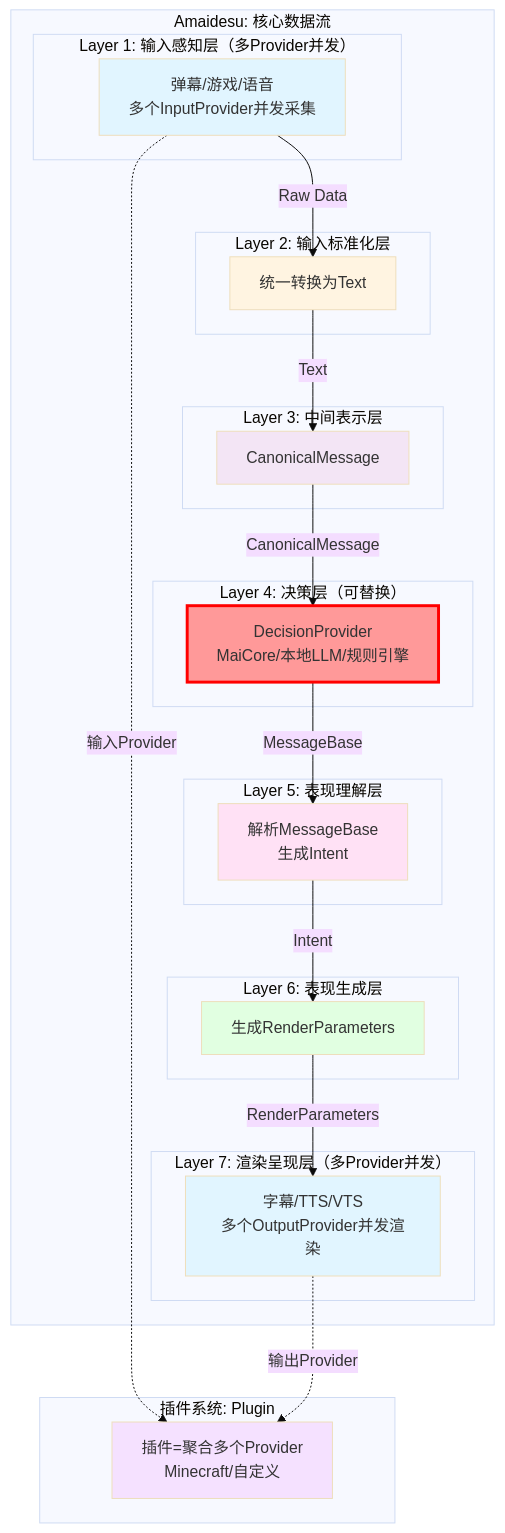
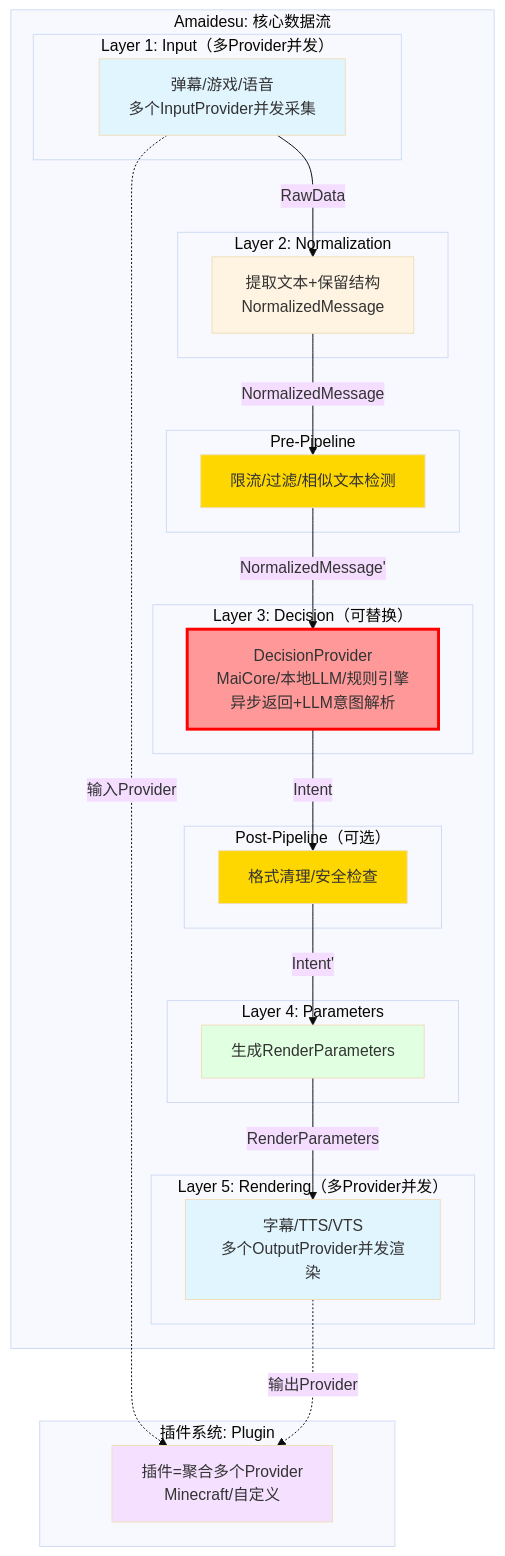
One commit to Mai-with-u/Amaidesu changed the diagram in refactor/design/layer_refactoring.md. Above: the diagram before and after it, drawn with Mermaid (base theme). The commit also changed other lines of this file and 4 other files, not shown here.

````diff
--- a/refactor/design/layer_refactoring.md
+++ b/refactor/design/layer_refactoring.md
@@ -31,55 +30,55 @@
 ```mermaid
 graph TB
     subgraph "Amaidesu: 核心数据流"
-        subgraph "Layer 1: 输入感知层（多Provider并发）"
-            Perception[弹幕/游戏/语音<br/>多个InputProvider并发采集]
+        subgraph "Layer 1: Input（多Provider并发）"
+            InputLayer[弹幕/游戏/语音<br/>多个InputProvider并发采集]
         end
 
-        subgraph "Layer 2: 输入标准化层"
-            Normalization[统一转换为Text]
+        subgraph "Layer 2: Normalization"
+            Normalization[提取文本+保留结构<br/>NormalizedMessage]
         end
 
-        subgraph "Layer 3: 中间表示层"
-            Canonical[CanonicalMessage]
+        subgraph "Pre-Pipeline"
+            PrePipeline[限流/过滤/相似文本检测]
         end
 
-        subgraph "Layer 4: 决策层（可替换）"
-            DecisionLayer[DecisionProvider<br/>MaiCore/本地LLM/规则引擎]
+        subgraph "Layer 3: Decision（可替换）"
+            DecisionLayer[DecisionProvider<br/>MaiCore/本地LLM/规则引擎<br/>异步返回+LLM意图解析]
         end
 
-        subgraph "Layer 5: 表现理解层"
-            Understanding[解析MessageBase<br/>生成Intent]
+        subgraph "Post-Pipeline（可选）"
+            PostPipeline[格式清理/安全检查]
         end
 
-        subgraph "Layer 6: 表现生成层"
-            Expression[生成RenderParameters]
+        subgraph "Layer 4: Parameters"
+            ParametersLayer[生成RenderParameters]
         end
 
-        subgraph "Layer 7: 渲染呈现层（多Provider并发）"
+        subgraph "Layer 5: Rendering（多Provider并发）"
             Rendering[字幕/TTS/VTS<br/>多个OutputProvider并发渲染]
         end
     end
 
     subgraph "插件系统: Plugin"
         Plugins[插件=聚合多个Provider<br/>Minecraft/自定义]
     end
 
-    Perception -->|"Raw Data"| Normalization
-    Normalization -->|"Text"| Canonical
-    Canonical -->|"CanonicalMessage"| DecisionLayer
-    DecisionLayer -->|"MessageBase"| Understanding
-    Understanding -->|"Intent"| Expression
-    Expression -->|"RenderParameters"| Rendering
+    InputLayer -->|"RawData"| Normalization
+    Normalization -->|"NormalizedMessage"| PrePipeline
+    PrePipeline -->|"NormalizedMessage'"| DecisionLayer
+    DecisionLayer -->|"Intent"| PostPipeline
+    PostPipeline -->|"Intent'"| ParametersLayer
+    ParametersLayer -->|"RenderParameters"| Rendering
 
-    Perception -.输入Provider.-> Plugins
+    InputLayer -.输入Provider.-> Plugins
     Rendering -.输出Provider.-> Plugins
 
-    style Perception fill:#e1f5ff
+    style InputLayer fill:#e1f5ff
     style Normalization fill:#fff4e1
-    style Canonical fill:#f3e5f5
+    style PrePipeline fill:#ffd700
     style DecisionLayer fill:#ff9999,stroke:#ff0000,stroke-width:3px
-    style Understanding fill:#ffe1f5
-    style Expression fill:#e1ffe1
+    style PostPipeline fill:#ffd700
+    style ParametersLayer fill:#e1ffe1
     style Rendering fill:#e1f5ff
     style Plugins fill:#f5e1ff
 ```
````
